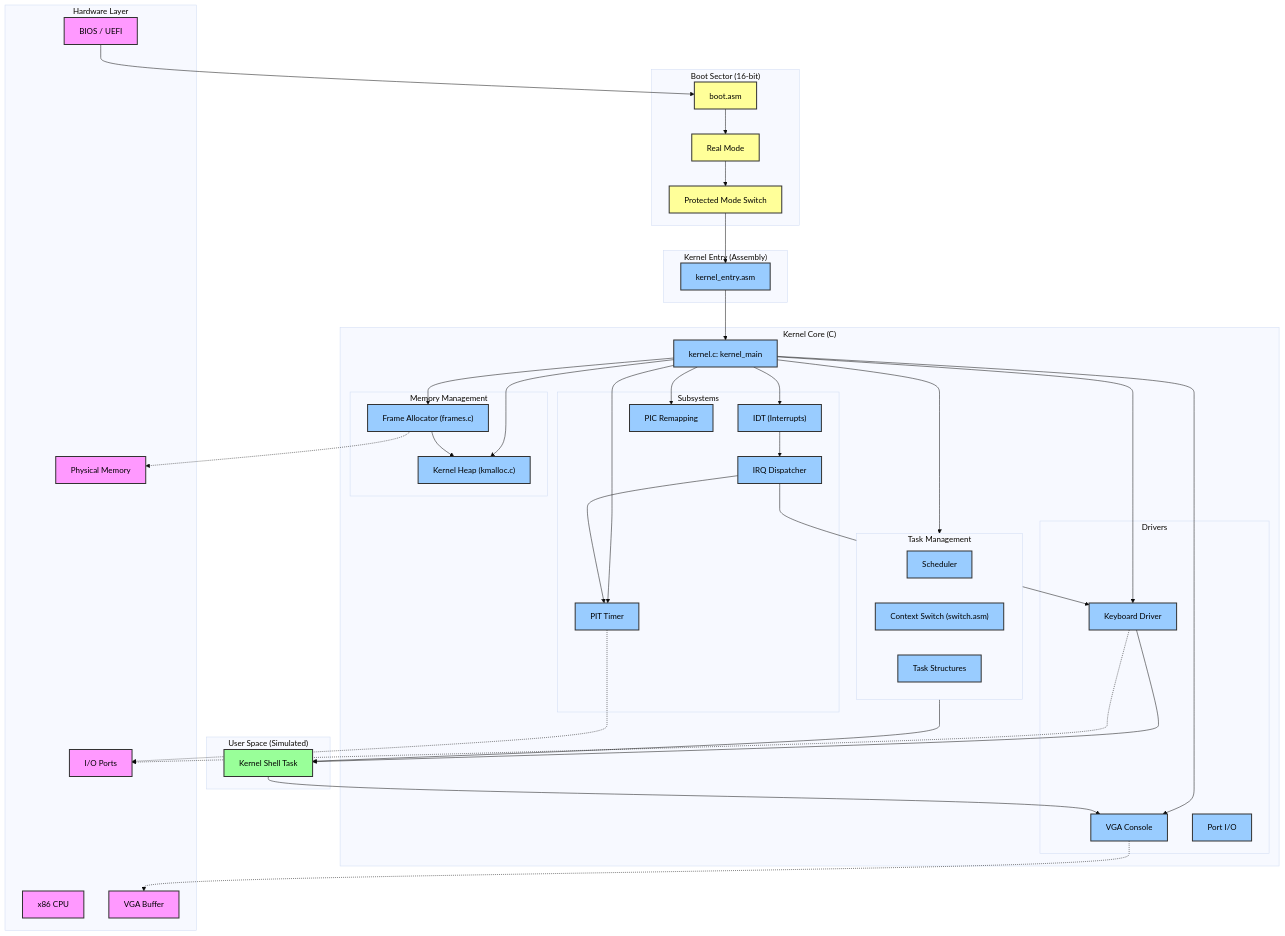
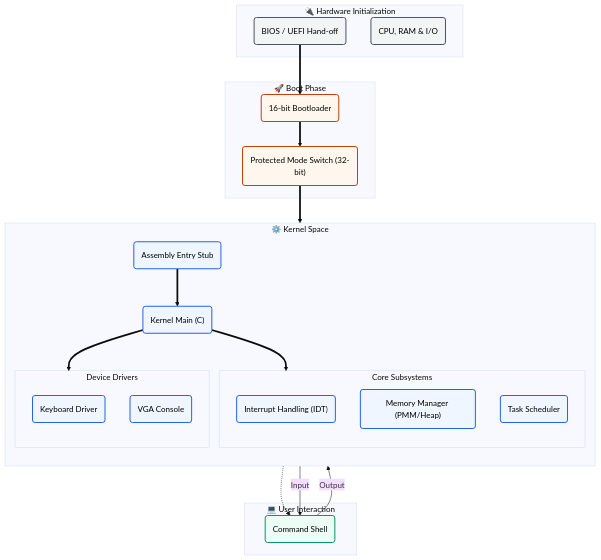
Before and after one commit to nigamanandajoshi/ParamOS-FromScratch: the diagram in docs/architecture.md, drawn with Mermaid (base theme).

Commit message:
fixed diagrams3

````diff
--- a/docs/architecture.md
+++ b/docs/architecture.md
@@ -5,94 +5,60 @@
 ```mermaid
 graph TD
-    subgraph Hardware ["Hardware Layer"]
-        BIOS["BIOS / UEFI"]
-        CPU["x86 CPU"]
-        RAM["Physical Memory"]
-        IO["I/O Ports"]
-        VGA["VGA Buffer"]
+    %% Global Graph Settings
+    %% Use rounded nodes and explicit phases
+
+    subgraph Hardware ["🔌 Hardware Initialization"]
+        BIOS("BIOS / UEFI Hand-off")
+        HW_Resources("CPU, RAM & I/O")
     end
 
-    subgraph Boot ["Boot Sector (16-bit)"]
-        Bootloader["boot.asm"]
-        RealMode["Real Mode"]
-        ProtMode["Protected Mode Switch"]
+    subgraph Boot ["🚀 Boot Phase"]
+        Boot16("16-bit Bootloader")
+        ProtMode("Protected Mode Switch (32-bit)")
     end
 
-    subgraph KernelEntry ["Kernel Entry (Assembly)"]
-        EntryStub["kernel_entry.asm"]
-    end
-
-    subgraph KernelCore ["Kernel Core (C)"]
-        KMain["kernel.c: kernel_main"]
+    subgraph Kernel ["⚙️ Kernel Space"]
+        direction TB
+        KEntry("Assembly Entry Stub")
+        KMain("Kernel Main (C)")
         
-        subgraph Subsystems
-            IDT["IDT (Interrupts)"]
-            PIC["PIC Remapping"]
-            IRQ["IRQ Dispatcher"]
-            Timer["PIT Timer"]
+        subgraph Subsystems ["Core Subsystems"]
+            IDT("Interrupt Handling (IDT)")
+            Memory("Memory Manager (PMM/Heap)")
+            Sched("Task Scheduler")
         end
-
-        subgraph Memory ["Memory Management"]
-            PMM["Frame Allocator (frames.c)"]
-            KHeap["Kernel Heap (kmalloc.c)"]
-        end
-
-        subgraph Drivers
-            Kbd["Keyboard Driver"]
-            Console["VGA Console"]
-            Ports["Port I/O"]
-        end
-
-        subgraph TaskManagement ["Task Management"]
-            Scheduler["Scheduler"]
-            ContextSwitch["Context Switch (switch.asm)"]
-            TaskStruct["Task Structures"]
+        
+        subgraph DriverLayer ["Device Drivers"]
+            Keyboard("Keyboard Driver")
+            Display("VGA Console")
         end
     end
 
-    subgraph UserSpace ["User Space (Simulated)"]
-        Shell["Kernel Shell Task"]
+    subgraph User ["💻 User Interaction"]
+        Shell("Command Shell")
     end
 
-    %% Flow connections
-    BIOS --> Bootloader
-    Bootloader --> RealMode
-    RealMode --> ProtMode
-    ProtMode --> EntryStub
-    EntryStub --> KMain
+    %% Main Execution Flow
+    BIOS ==> Boot16
+    Boot16 ==> ProtMode
+    ProtMode ==> KEntry
+    KEntry ==> KMain
+    KMain ==> Subsystems
+    KMain ==> DriverLayer
+    
+    %% Operational Logic
+    Sched -.-> Shell
+    Keyboard -- Input --> Shell
+    Shell -- Output --> Display
 
-    %% Kernel Initialization Flow
-    KMain --> Console
-    KMain --> IDT
-    KMain --> PIC
-    KMain --> Timer
-    KMain --> Kbd
-    KMain --> PMM
-    KMain --> KHeap
-    KMain --> TaskManagement
+    %% Styling - Modern Pastel Palette with High Contrast Text
+    classDef hardware fill:#f3f4f6,stroke:#4b5563,stroke-width:2px,color:#000;
+    classDef boot fill:#fff7ed,stroke:#c2410c,stroke-width:2px,color:#000;
+    classDef kernel fill:#eff6ff,stroke:#2563eb,stroke-width:2px,color:#000;
+    classDef user fill:#ecfdf5,stroke:#059669,stroke-width:2px,color:#000;
 
-    %% Subsystem Interactions
-    IDT --> IRQ
-    IRQ --> Kbd
-    IRQ --> Timer
-    Kbd --> Shell
-    TaskManagement --> Shell
-    Shell --> Console
-    PMM --> KHeap
-    
-    %% Hardware Interactions
-    Console -.-> VGA
-    Kbd -.-> IO
-    Timer -.-> IO
-    PMM -.-> RAM
-
-    classDef hardware fill:#f9f,stroke:#333,stroke-width:2px,color:#000;
-    classDef boot fill:#ff9,stroke:#333,stroke-width:2px,color:#000;
-    classDef kernel fill:#9cf,stroke:#333,stroke-width:2px,color:#000;
-    classDef user fill:#9f9,stroke:#333,stroke-width:2px,color:#000;
-
-    class BIOS,CPU,RAM,IO,VGA hardware;
-    class Bootloader,RealMode,ProtMode boot;
-    class EntryStub,KMain,IDT,PIC,IRQ,Timer,PMM,KHeap,Kbd,Console,Ports,Scheduler,ContextSwitch,TaskStruct kernel;
+    class BIOS,HW_Resources hardware;
+    class Boot16,ProtMode boot;
+    class KEntry,KMain,IDT,Memory,Sched,Keyboard,Display kernel;
     class Shell user;
 ```
````
